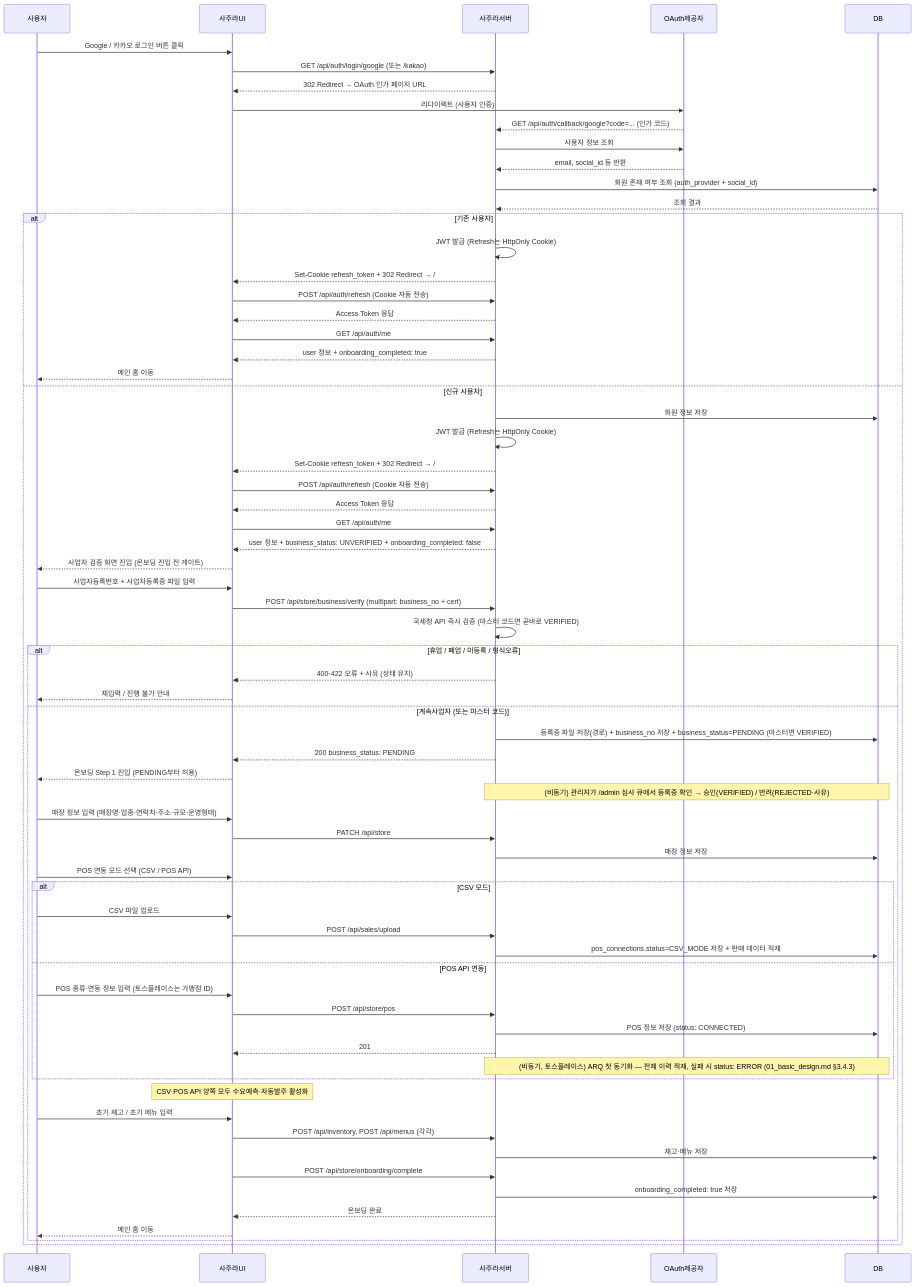
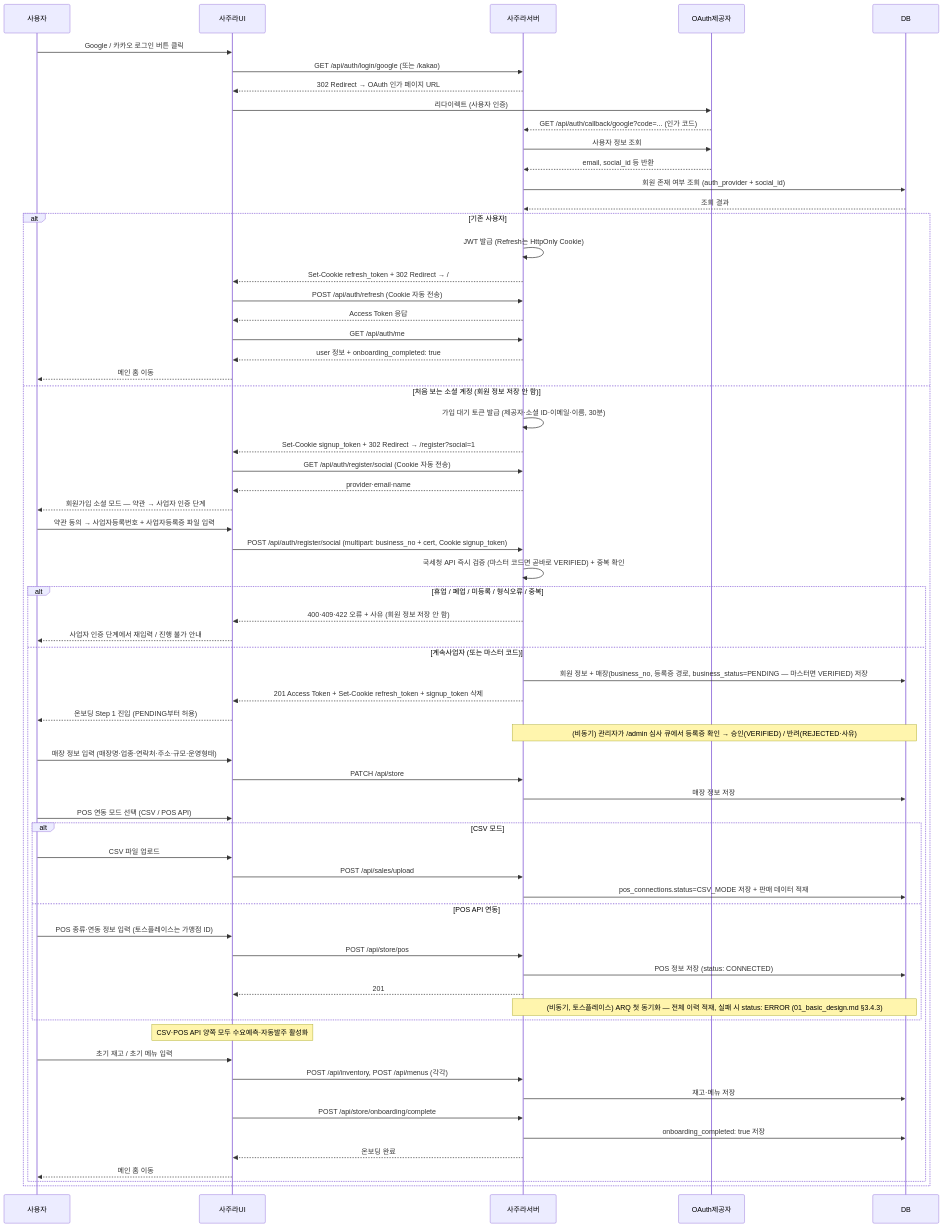
One commit to h-taek/CapstoneDesign-Sajura changed the first of 8 diagrams in docs/spec/02_implementation_design.md. Above: the diagram before and after it, drawn with Mermaid. The commit also changed other lines of this file and 3 other files, not shown here.

First line of the commit message:
docs(spec): 사업자 인증을 회원가입 마지막 단계로 — 통과해야 계정 생성, 가입 즉시 로그인

````diff
--- a/docs/spec/02_implementation_design.md
+++ b/docs/spec/02_implementation_design.md
@@ -164,77 +164,74 @@
 ```mermaid
 sequenceDiagram
     participant 사용자
     participant 사주라UI
     participant 사주라서버
     participant OAuth제공자
     participant DB
 
     사용자->>사주라UI: Google / 카카오 로그인 버튼 클릭
     사주라UI->>사주라서버: GET /api/auth/login/google (또는 /kakao)
     사주라서버-->>사주라UI: 302 Redirect → OAuth 인가 페이지 URL
     사주라UI->>OAuth제공자: 리다이렉트 (사용자 인증)
     OAuth제공자-->>사주라서버: GET /api/auth/callback/google?code=... (인가 코드)
     사주라서버->>OAuth제공자: 사용자 정보 조회
     OAuth제공자-->>사주라서버: email, social_id 등 반환
     사주라서버->>DB: 회원 존재 여부 조회 (auth_provider + social_id)
     DB-->>사주라서버: 조회 결과
 
     alt 기존 사용자
         사주라서버->>사주라서버: JWT 발급 (Refresh는 HttpOnly Cookie)
         사주라서버-->>사주라UI: Set-Cookie refresh_token + 302 Redirect → /
         사주라UI->>사주라서버: POST /api/auth/refresh (Cookie 자동 전송)
         사주라서버-->>사주라UI: Access Token 응답
         사주라UI->>사주라서버: GET /api/auth/me
         사주라서버-->>사주라UI: user 정보 + onboarding_completed: true
         사주라UI-->>사용자: 메인 홈 이동
-    else 신규 사용자
-        사주라서버->>DB: 회원 정보 저장
-        사주라서버->>사주라서버: JWT 발급 (Refresh는 HttpOnly Cookie)
-        사주라서버-->>사주라UI: Set-Cookie refresh_token + 302 Redirect → /
-        사주라UI->>사주라서버: POST /api/auth/refresh (Cookie 자동 전송)
-        사주라서버-->>사주라UI: Access Token 응답
-        사주라UI->>사주라서버: GET /api/auth/me
-        사주라서버-->>사주라UI: user 정보 + business_status: UNVERIFIED + onboarding_completed: false
-        사주라UI-->>사용자: 사업자 검증 화면 진입 (온보딩 진입 전 게이트)
+    else 처음 보는 소셜 계정 (회원 정보 저장 안 함)
+        사주라서버->>사주라서버: 가입 대기 토큰 발급 (제공자·소셜 ID·이메일·이름, 30분)
+        사주라서버-->>사주라UI: Set-Cookie signup_token + 302 Redirect → /register?social=1
+        사주라UI->>사주라서버: GET /api/auth/register/social (Cookie 자동 전송)
+        사주라서버-->>사주라UI: provider·email·name
+        사주라UI-->>사용자: 회원가입 소셜 모드 — 약관 → 사업자 인증 단계
 
-        사용자->>사주라UI: 사업자등록번호 + 사업자등록증 파일 입력
-        사주라UI->>사주라서버: POST /api/store/business/verify (multipart: business_no + cert)
-        사주라서버->>사주라서버: 국세청 API 즉시 검증 (마스터 코드면 곧바로 VERIFIED)
-        alt 휴업 / 폐업 / 미등록 / 형식오류
-            사주라서버-->>사주라UI: 400·422 오류 + 사유 (상태 유지)
-            사주라UI-->>사용자: 재입력 / 진행 불가 안내
+        사용자->>사주라UI: 약관 동의 → 사업자등록번호 + 사업자등록증 파일 입력
+        사주라UI->>사주라서버: POST /api/auth/register/social (multipart: business_no + cert, Cookie signup_token)
+        사주라서버->>사주라서버: 국세청 API 즉시 검증 (마스터 코드면 곧바로 VERIFIED) + 중복 확인
+        alt 휴업 / 폐업 / 미등록 / 형식오류 / 중복
+            사주라서버-->>사주라UI: 400·409·422 오류 + 사유 (회원 정보 저장 안 함)
+            사주라UI-->>사용자: 사업자 인증 단계에서 재입력 / 진행 불가 안내
         else 계속사업자 (또는 마스터 코드)
-            사주라서버->>DB: 등록증 파일 저장(경로) + business_no 저장 + business_status=PENDING (마스터면 VERIFIED)
-            사주라서버-->>사주라UI: 200 business_status: PENDING
+            사주라서버->>DB: 회원 정보 + 매장(business_no, 등록증 경로, business_status=PENDING — 마스터면 VERIFIED) 저장
+            사주라서버-->>사주라UI: 201 Access Token + Set-Cookie refresh_token + signup_token 삭제
             사주라UI-->>사용자: 온보딩 Step 1 진입 (PENDING부터 허용)
             note over 사주라서버,DB: (비동기) 관리자가 /admin 심사 큐에서 등록증 확인 → 승인(VERIFIED) / 반려(REJECTED·사유)
 
             사용자->>사주라UI: 매장 정보 입력 (매장명·업종·연락처·주소·규모·운영형태)
             사주라UI->>사주라서버: PATCH /api/store
             사주라서버->>DB: 매장 정보 저장
 
             사용자->>사주라UI: POS 연동 모드 선택 (CSV / POS API)
             alt CSV 모드
                 사용자->>사주라UI: CSV 파일 업로드
                 사주라UI->>사주라서버: POST /api/sales/upload
                 사주라서버->>DB: pos_connections.status=CSV_MODE 저장 + 판매 데이터 적재
             else POS API 연동
                 사용자->>사주라UI: POS 종류·연동 정보 입력 (토스플레이스는 가맹점 ID)
                 사주라UI->>사주라서버: POST /api/store/pos
                 사주라서버->>DB: POS 정보 저장 (status: CONNECTED)
                 사주라서버-->>사주라UI: 201
                 note over 사주라서버,DB: (비동기, 토스플레이스) ARQ 첫 동기화 — 전체 이력 적재, 실패 시 status: ERROR (01_basic_design.md §3.4.3)
             end
             Note over 사주라UI: CSV·POS API 양쪽 모두 수요예측·자동발주 활성화
 
             사용자->>사주라UI: 초기 재고 / 초기 메뉴 입력
             사주라UI->>사주라서버: POST /api/inventory, POST /api/menus (각각)
             사주라서버->>DB: 재고·메뉴 저장
 
             사주라UI->>사주라서버: POST /api/store/onboarding/complete
             사주라서버->>DB: onboarding_completed: true 저장
             사주라서버-->>사주라UI: 온보딩 완료
             사주라UI-->>사용자: 메인 홈 이동
         end
     end
 ```
````
